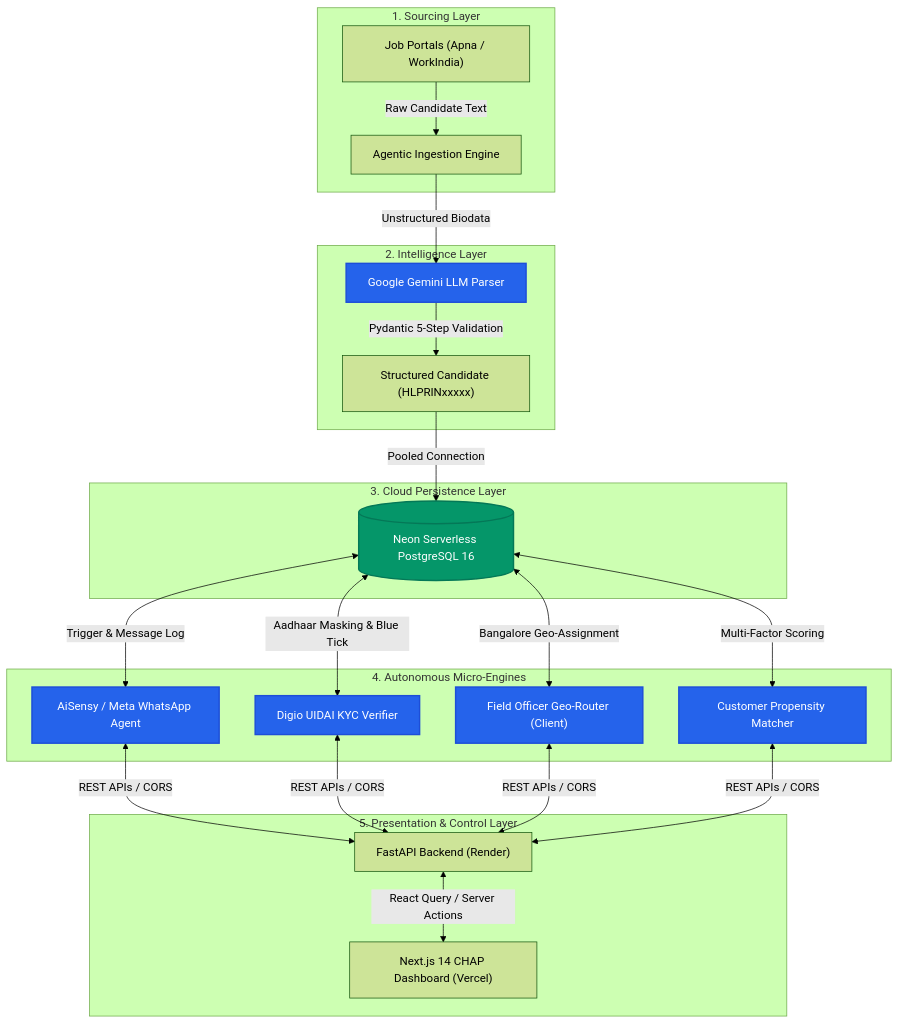
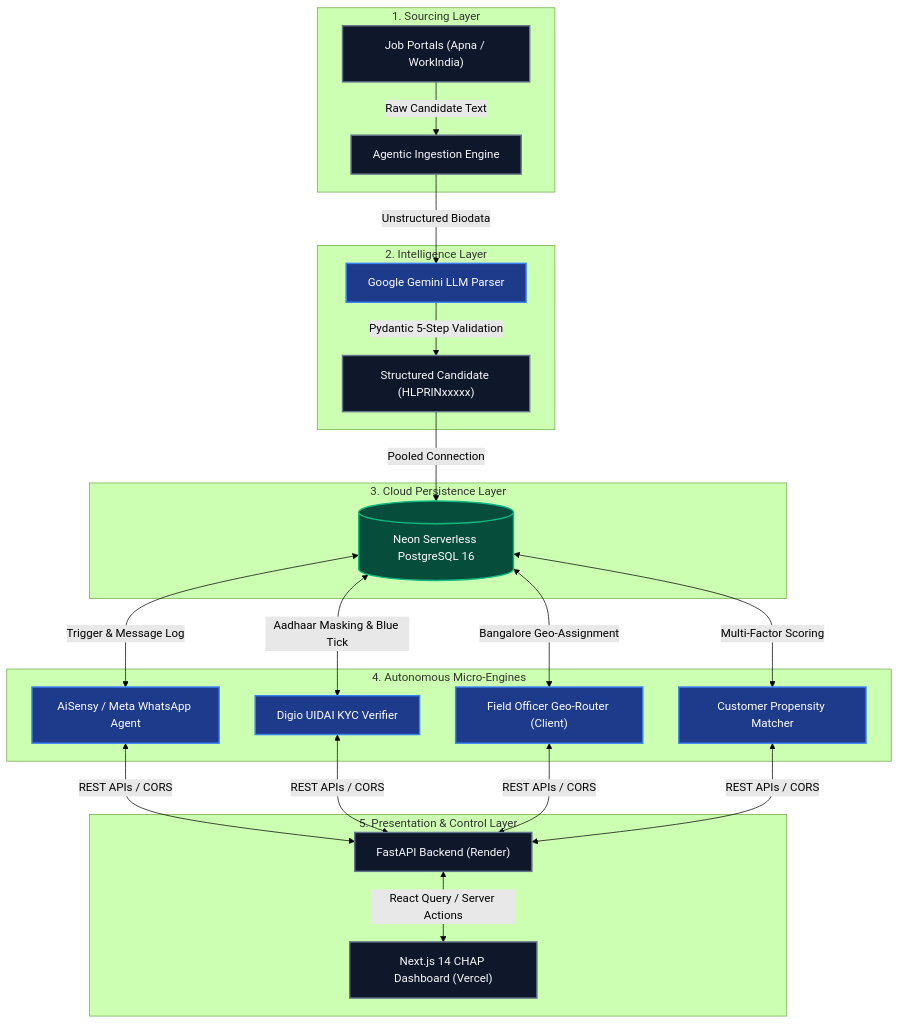
The first of 3 diagrams in README.md (Alieno1/ezyhelper-chap), drawn with Mermaid (forest theme) before and after one commit. The commit also changed other lines of this file, not shown here.

Commit message:
style: enhance Mermaid diagrams for crystal-clear GitHub dark mode contrast

````diff
--- a/README.md
+++ b/README.md
@@ -36,32 +36,34 @@
 ```mermaid
 flowchart TD
     subgraph Sourcing ["1. Sourcing Layer"]
         A["Job Portals (Apna / WorkIndia)"] -->|Raw Candidate Text| B["Agentic Ingestion Engine"]
     end
 
     subgraph Extraction ["2. Intelligence Layer"]
         B -->|Unstructured Biodata| C["Google Gemini LLM Parser"]
         C -->|Pydantic 5-Step Validation| D["Structured Candidate (HLPRINxxxxx)"]
     end
 
     subgraph Storage ["3. Cloud Persistence Layer"]
         D -->|Pooled Connection| E[("Neon Serverless PostgreSQL 16")]
     end
 
     subgraph Execution ["4. Autonomous Micro-Engines"]
         E <-->|Trigger & Message Log| F["AiSensy / Meta WhatsApp Agent"]
         E <-->|Aadhaar Masking & Blue Tick| G["Digio UIDAI KYC Verifier"]
         E <-->|Bangalore Geo-Assignment| H["Field Officer Geo-Router (Client)"]
         E <-->|Multi-Factor Scoring| I["Customer Propensity Matcher"]
     end
 
     subgraph Presentation ["5. Presentation & Control Layer"]
         F & G & H & I <-->|REST APIs / CORS| J["FastAPI Backend (Render)"]
         J <-->|React Query / Server Actions| K["Next.js 14 CHAP Dashboard (Vercel)"]
     end
 
-    classDef highlight fill:#2563eb,stroke:#1d4ed8,stroke-width:2px,color:#fff;
-    classDef storage fill:#059669,stroke:#047857,stroke-width:2px,color:#fff;
+    classDef highlight fill:#1e3a8a,stroke:#3b82f6,stroke-width:2px,color:#ffffff;
+    classDef storage fill:#064e3b,stroke:#10b981,stroke-width:2px,color:#ffffff;
+    classDef defaultNode fill:#0f172a,stroke:#64748b,stroke-width:2px,color:#f8fafc;
+    class A,B,D,J,K defaultNode;
     class C,F,G,H,I highlight;
     class E storage;
 ```
````
